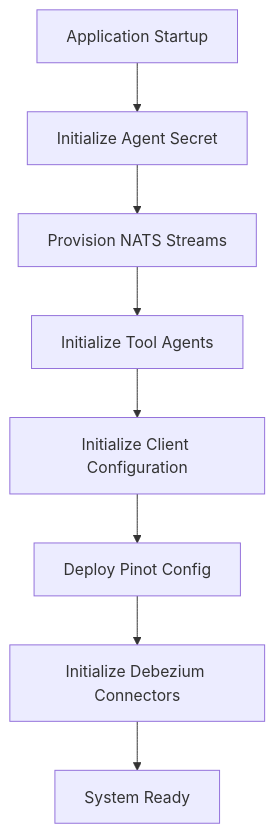
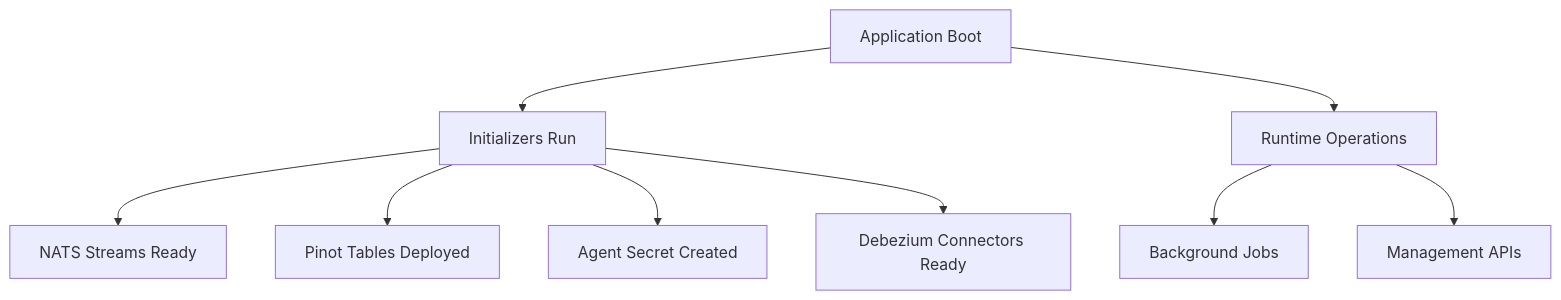
Diagram 11 of 11 in docs/architecture/management-service-core/management-service-core.md (Praesto-Pro/openframe-oss-tenant), drawn with Mermaid before and after one commit. The commit also changed other lines of this file and 174 other files, not shown here.

````diff
--- a/docs/architecture/management-service-core/management-service-core.md
+++ b/docs/architecture/management-service-core/management-service-core.md
@@ -302,10 +382,11 @@
 ```mermaid
 flowchart TD
-    Start["Application Startup"] --> AgentSecret["Initialize Agent Secret"]
-    AgentSecret --> Streams["Provision NATS Streams"]
-    Streams --> Agents["Initialize Tool Agents"]
-    Agents --> ClientConfig["Initialize Client Configuration"]
-    ClientConfig --> PinotInit["Deploy Pinot Config"]
-    PinotInit --> DebeziumInit["Initialize Debezium Connectors"]
-    DebeziumInit --> Ready["System Ready"]
+    Start["Application Boot"] --> InitPhase["Initializers Run"]
+    InitPhase --> Streams["NATS Streams Ready"]
+    InitPhase --> PinotReady["Pinot Tables Deployed"]
+    InitPhase --> Secrets["Agent Secret Created"]
+    InitPhase --> Connectors["Debezium Connectors Ready"]
+    Start --> Runtime["Runtime Operations"]
+    Runtime --> Schedulers["Background Jobs"]
+    Runtime --> Controllers["Management APIs"]
 ```
````
